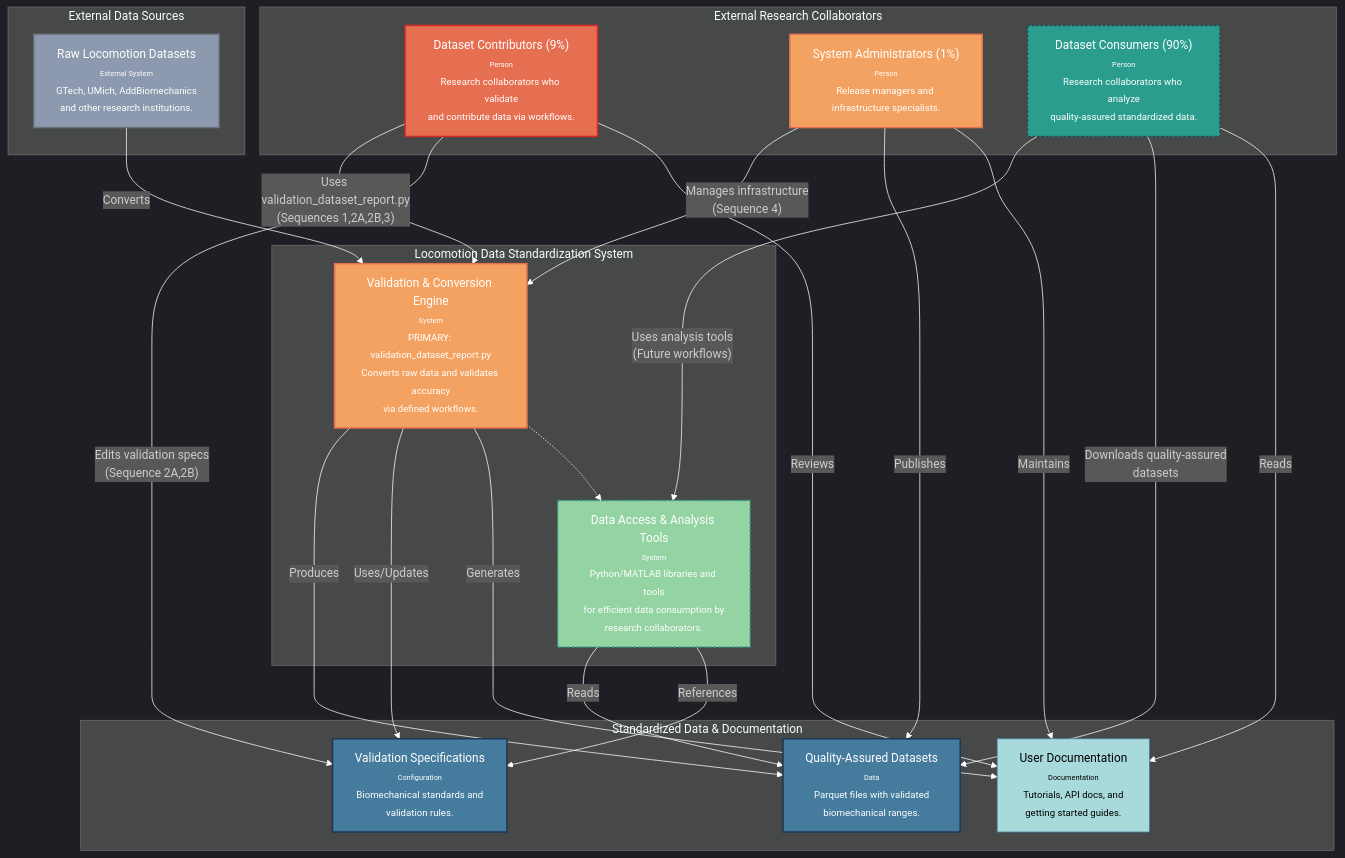
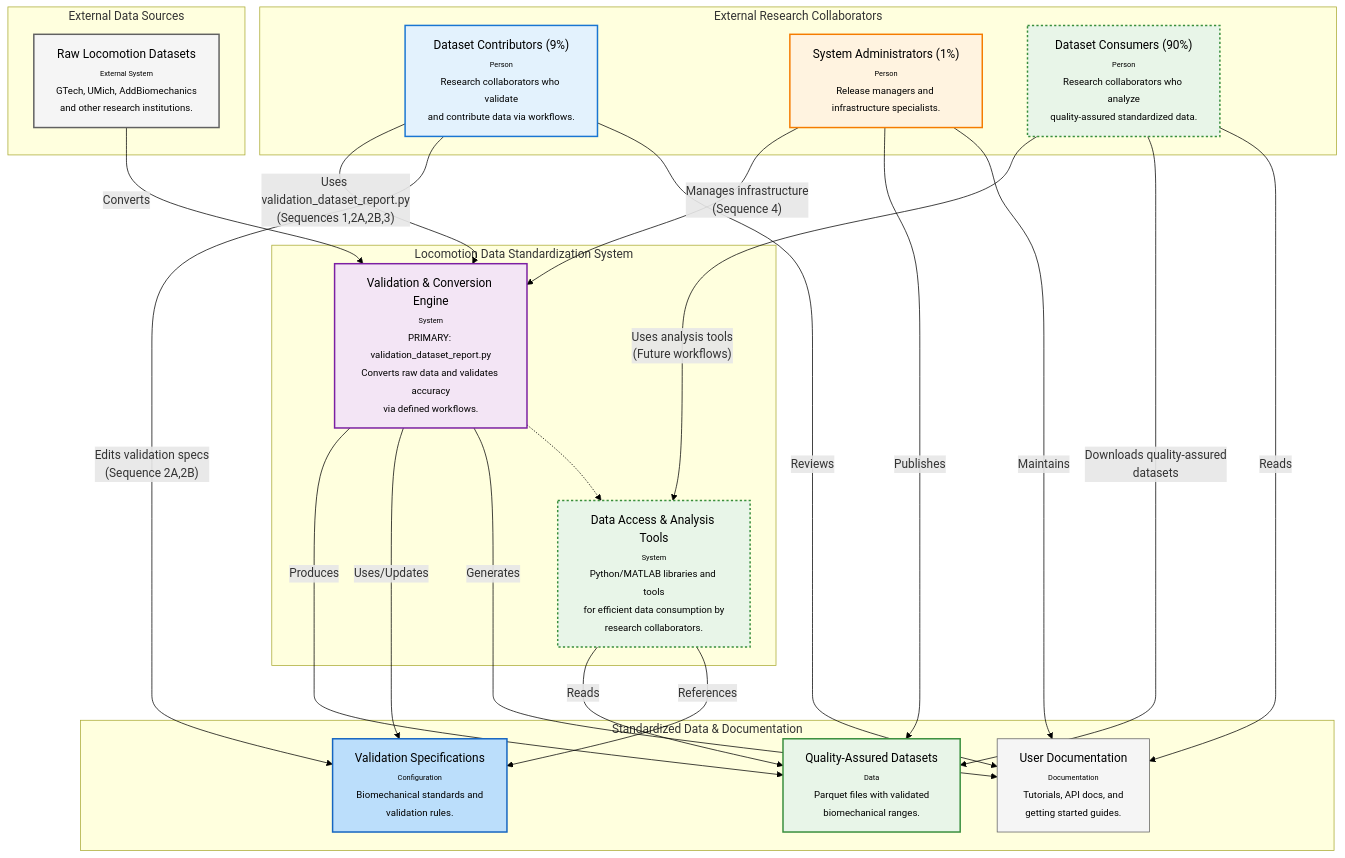
One commit to jmontp/LocoHub changed the seventh of 7 diagrams in docs/software_engineering/docs/01b_SYSTEM_CONTEXT.md. Above: the diagram before and after it, drawn with Mermaid. The commit also changed other lines of this file and 14 other files, not shown here.

````diff
--- a/docs/software_engineering/docs/01b_SYSTEM_CONTEXT.md
+++ b/docs/software_engineering/docs/01b_SYSTEM_CONTEXT.md
@@ -209,68 +209,68 @@
 ```mermaid
-%%{init: {'theme': 'dark'}}%%
+%%{init: {'theme': 'default'}}%%
 graph TD
     subgraph "External Research Collaborators"
         contributors["Dataset Contributors (9%)<br/><font size='-2'>Person</font><br/><font size='-1'>Research collaborators who validate<br/>and contribute data via workflows.</font>"]
         admins["System Administrators (1%)<br/><font size='-2'>Person</font><br/><font size='-1'>Release managers and infrastructure specialists.</font>"]
         consumers["Dataset Consumers (90%)<br/><font size='-2'>Person</font><br/><font size='-1'>Research collaborators who analyze<br/>quality-assured standardized data.</font>"]
     end
 
     subgraph "External Data Sources"
         raw_datasets["Raw Locomotion Datasets<br/><font size='-2'>External System</font><br/><font size='-1'>GTech, UMich, AddBiomechanics<br/>and other research institutions.</font>"]
     end
 
     subgraph "Locomotion Data Standardization System"
         validation_engine["Validation & Conversion Engine<br/><font size='-2'>System</font><br/><font size='-1'>PRIMARY: validation_dataset_report.py<br/>Converts raw data and validates accuracy<br/>via defined workflows.</font>"]
         
         analysis_tools["Data Access & Analysis Tools<br/><font size='-2'>System</font><br/><font size='-1'>Python/MATLAB libraries and tools<br/>for efficient data consumption by<br/>research collaborators.</font>"]
     end
 
     subgraph "Standardized Data & Documentation"
         datasets["Quality-Assured Datasets<br/><font size='-2'>Data</font><br/><font size='-1'>Parquet files with validated<br/>biomechanical ranges.</font>"]
         
         validation_specs["Validation Specifications<br/><font size='-2'>Configuration</font><br/><font size='-1'>Biomechanical standards and<br/>validation rules.</font>"]
         
         documentation["User Documentation<br/><font size='-2'>Documentation</font><br/><font size='-1'>Tutorials, API docs, and<br/>getting started guides.</font>"]
     end
 
     %% Data Flow
     raw_datasets -- "Converts" --> validation_engine
     validation_engine -- "Produces" --> datasets
     validation_engine -- "Uses/Updates" --> validation_specs
     validation_engine -- "Generates" --> documentation
 
     %% User Interactions - Contributors (Current Focus)
     contributors -- "Uses validation_dataset_report.py<br/>(Sequences 1,2A,2B,3)" --> validation_engine
     contributors -- "Edits validation specs<br/>(Sequence 2A,2B)" --> validation_specs
     contributors -- "Reviews" --> documentation
 
     %% User Interactions - Administrators (Infrastructure Focus)
     admins -- "Manages infrastructure<br/>(Sequence 4)" --> validation_engine
     admins -- "Publishes" --> datasets
     admins -- "Maintains" --> documentation
 
     %% User Interactions - Consumers (Future Focus)
     consumers -- "Uses analysis tools<br/>(Future workflows)" --> analysis_tools
     consumers -- "Downloads quality-assured<br/>datasets" --> datasets
     consumers -- "Reads" --> documentation
 
     %% System Integration
     analysis_tools -- "Reads" --> datasets
     analysis_tools -- "References" --> validation_specs
     
     %% Quality Assurance Bridge
     validation_engine -.-> analysis_tools
 
     %% Styling
-    style contributors fill:#e76f51,stroke:#d62828,stroke-width:2px,color:#ffffff
-    style admins fill:#f4a261,stroke:#e76f51,stroke-width:2px,color:#ffffff
-    style consumers fill:#2a9d8f,stroke:#264653,stroke-width:2px,color:#ffffff,stroke-dasharray:3
-    style raw_datasets fill:#8d99ae,stroke:#6c757d,stroke-width:2px,color:#ffffff
-    style validation_engine fill:#f4a261,stroke:#e76f51,stroke-width:2px,color:#ffffff
-    style analysis_tools fill:#94d3a2,stroke:#2a9d8f,stroke-width:2px,color:#ffffff,stroke-dasharray:3
-    style datasets fill:#457b9d,stroke:#1d3557,stroke-width:2px,color:#ffffff
-    style validation_specs fill:#457b9d,stroke:#1d3557,stroke-width:2px,color:#ffffff
-    style documentation fill:#a8dadc,stroke:#457b9d,stroke-width:1px,color:#000000
+    style contributors fill:#e3f2fd,stroke:#1976d2,stroke-width:2px,color:#000000
+    style admins fill:#fff3e0,stroke:#f57c00,stroke-width:2px,color:#000000
+    style consumers fill:#e8f5e8,stroke:#388e3c,stroke-width:2px,color:#000000,stroke-dasharray:3
+    style raw_datasets fill:#f5f5f5,stroke:#616161,stroke-width:2px,color:#000000
+    style validation_engine fill:#f3e5f5,stroke:#7b1fa2,stroke-width:2px,color:#000000
+    style analysis_tools fill:#e8f5e8,stroke:#388e3c,stroke-width:2px,color:#000000,stroke-dasharray:3
+    style datasets fill:#e8f5e8,stroke:#388e3c,stroke-width:2px,color:#000000
+    style validation_specs fill:#bbdefb,stroke:#1565c0,stroke-width:2px,color:#000000
+    style documentation fill:#f5f5f5,stroke:#616161,stroke-width:1px,color:#000000
     
-    linkStyle default stroke:white
+    linkStyle default stroke:black
 ```
````
